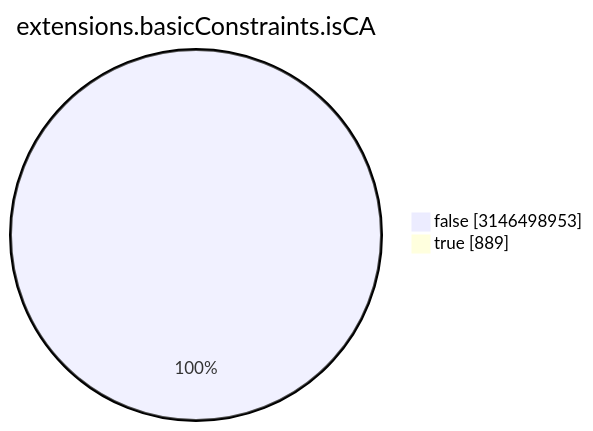
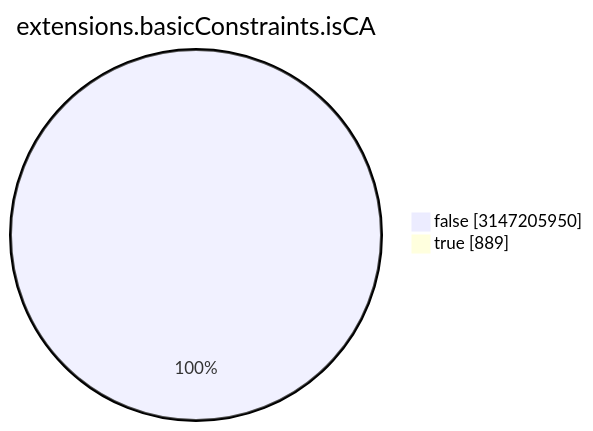
Before and after one commit to christiankrug/ctmonitor_visualization: the seventh of 15 diagrams in TOTAL/README.md, drawn with Mermaid. The commit also changed other lines of this file, not shown here.

````diff
--- a/TOTAL/README.md
+++ b/TOTAL/README.md
@@ -3088,6 +3088,6 @@
 ```mermaid
 pie showData
 title extensions.basicConstraints.isCA
-"false" :3146498953
+"false" :3147205950
 "true" :889
 ```
````
